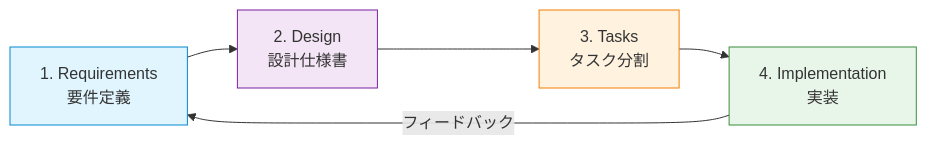
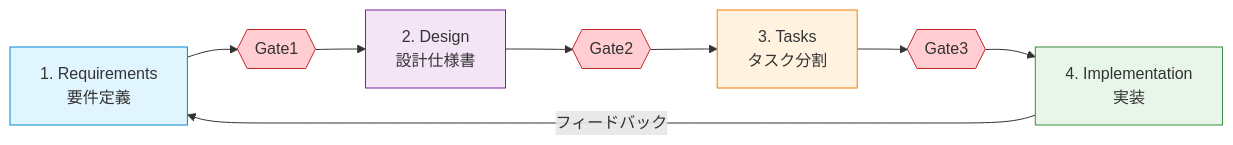
One commit to yassan16/document-management changed the second of 4 diagrams in methodology/spec-driven-development/README.md. Above: the diagram before and after it, drawn with Mermaid. The commit also changed other lines of this file, not shown here.

````diff
--- a/methodology/spec-driven-development/README.md
+++ b/methodology/spec-driven-development/README.md
@@ -53,12 +94,18 @@
 ```mermaid
 flowchart LR
-    A["1. Requirements<br/>要件定義"] --> B["2. Design<br/>設計仕様書"]
-    B --> C["3. Tasks<br/>タスク分割"]
-    C --> D["4. Implementation<br/>実装"]
+    A["1. Requirements<br/>要件定義"] --> G1{{"Gate1"}}
+    G1 --> B["2. Design<br/>設計仕様書"]
+    B --> G2{{"Gate2"}}
+    G2 --> C["3. Tasks<br/>タスク分割"]
+    C --> G3{{"Gate3"}}
+    G3 --> D["4. Implementation<br/>実装"]
     D -->|"フィードバック"| A
 
     style A fill:#e1f5fe,stroke:#0288d1
     style B fill:#f3e5f5,stroke:#7b1fa2
     style C fill:#fff3e0,stroke:#f57c00
     style D fill:#e8f5e9,stroke:#388e3c
+    style G1 fill:#ffcdd2,stroke:#c62828
+    style G2 fill:#ffcdd2,stroke:#c62828
+    style G3 fill:#ffcdd2,stroke:#c62828
 ```
````
